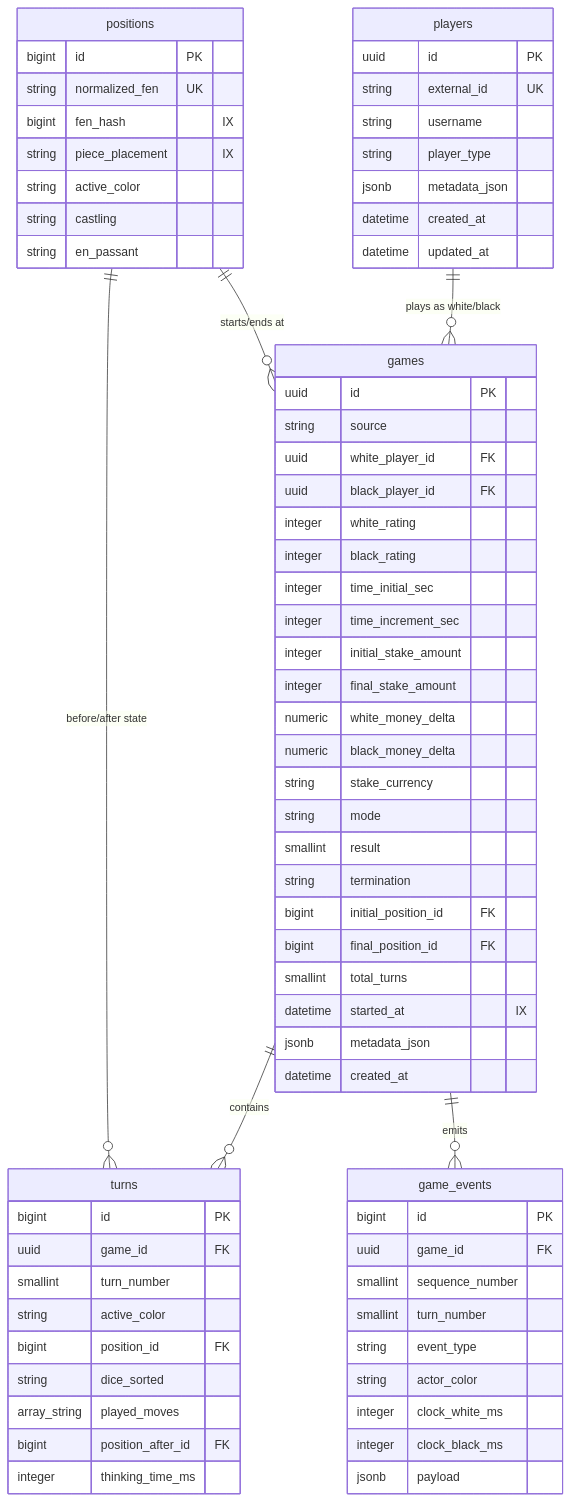
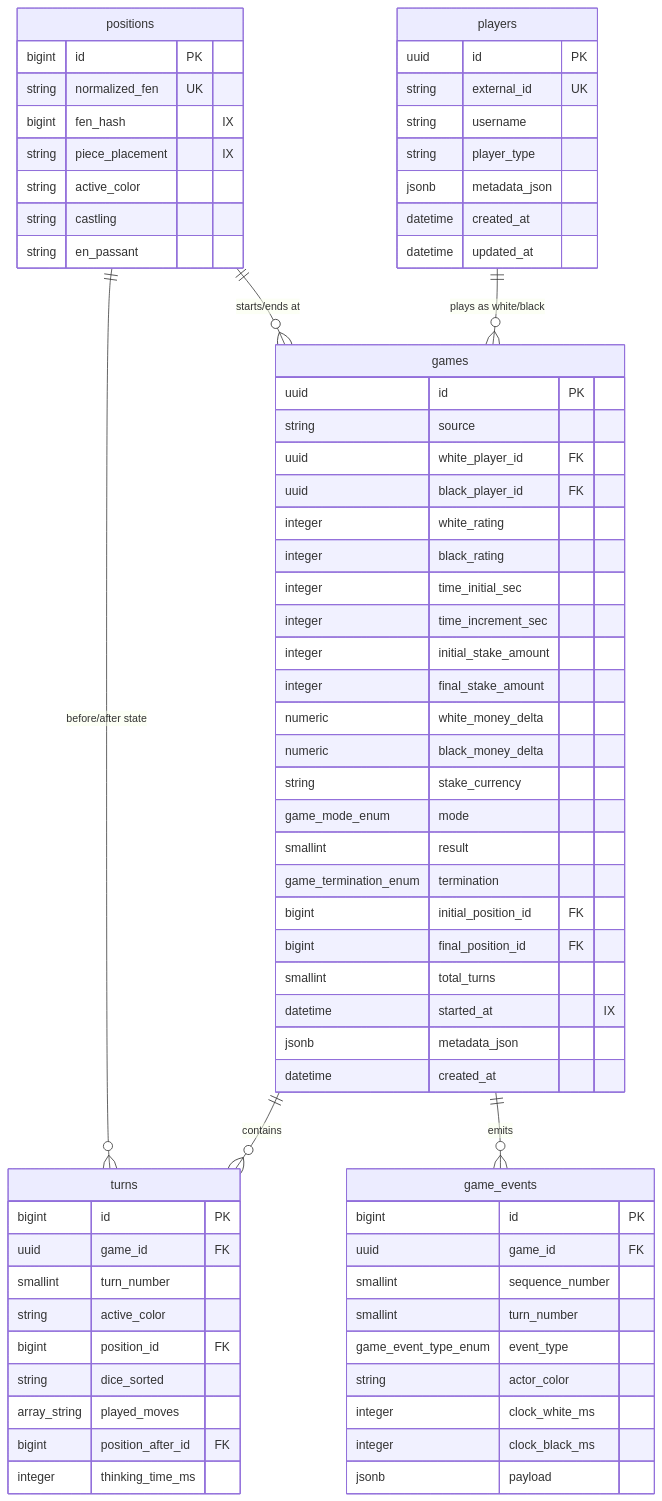
The diagram in docs/src/content/docs/architecture.md (rabestro/dicechess-analytics), drawn with Mermaid before and after one commit. The commit also changed other lines of this file and 1 other file, not shown here.

First line of the commit message:
feat: convert mode/termination to enums + document the schema (#96)

````diff
--- a/docs/src/content/docs/architecture.md
+++ b/docs/src/content/docs/architecture.md
@@ -14,77 +14,77 @@
 ```mermaid
 erDiagram
     players {
         uuid id PK
         string external_id UK
         string username
         string player_type
         jsonb metadata_json
         datetime created_at
         datetime updated_at
     }
 
     positions {
         bigint id PK
         string normalized_fen UK
         bigint fen_hash "IX"
         string piece_placement "IX"
         string active_color
         string castling
         string en_passant
     }
 
     games {
         uuid id PK
         string source
         uuid white_player_id FK
         uuid black_player_id FK
         integer white_rating
         integer black_rating
         integer time_initial_sec
         integer time_increment_sec
         integer initial_stake_amount
         integer final_stake_amount
         numeric white_money_delta
         numeric black_money_delta
         string stake_currency
-        string mode
+        game_mode_enum mode
         smallint result
-        string termination
+        game_termination_enum termination
         bigint initial_position_id FK
         bigint final_position_id FK
         smallint total_turns
         datetime started_at "IX"
         jsonb metadata_json
         datetime created_at
     }
 
     turns {
         bigint id PK
         uuid game_id FK
         smallint turn_number
         string active_color
         bigint position_id FK
         string dice_sorted
         array_string played_moves
         bigint position_after_id FK
         integer thinking_time_ms
     }
 
     game_events {
         bigint id PK
         uuid game_id FK
         smallint sequence_number
         smallint turn_number
-        string event_type
+        game_event_type_enum event_type
         string actor_color
         integer clock_white_ms
         integer clock_black_ms
         jsonb payload
     }
 
     players ||--o{ games : "plays as white/black"
     positions ||--o{ games : "starts/ends at"
     games ||--o{ turns : "contains"
     positions ||--o{ turns : "before/after state"
     games ||--o{ game_events : "emits"
 ```
````
